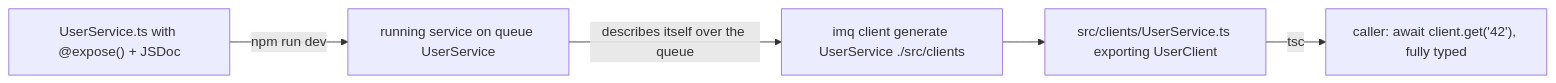
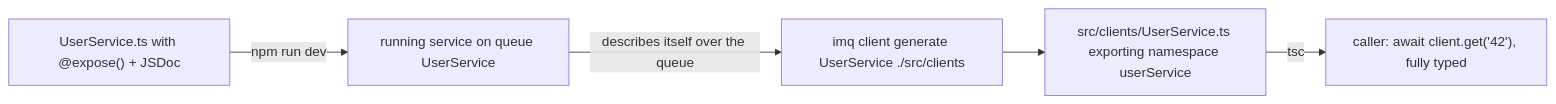
Before and after one commit to imqueue/imqueue.com: the diagram in src/org/get-started.md, drawn with Mermaid. The commit also changed other lines of this file and 11 other files, not shown here.

```diff
--- a/src/org/get-started.md
+++ b/src/org/get-started.md
@@ -196,7 +196,7 @@
 ~~~mermaid
 flowchart LR
     A["UserService.ts with @expose() + JSDoc"] -->|"npm run dev"| B["running service on queue UserService"]
     B -->|"describes itself over the queue"| C["imq client generate UserService ./src/clients"]
-    C --> D["src/clients/UserService.ts exporting UserClient"]
+    C --> D["src/clients/UserService.ts exporting namespace userService"]
     D -->|"tsc"| E["caller: await client.get('42'), fully typed"]
 ~~~
```
